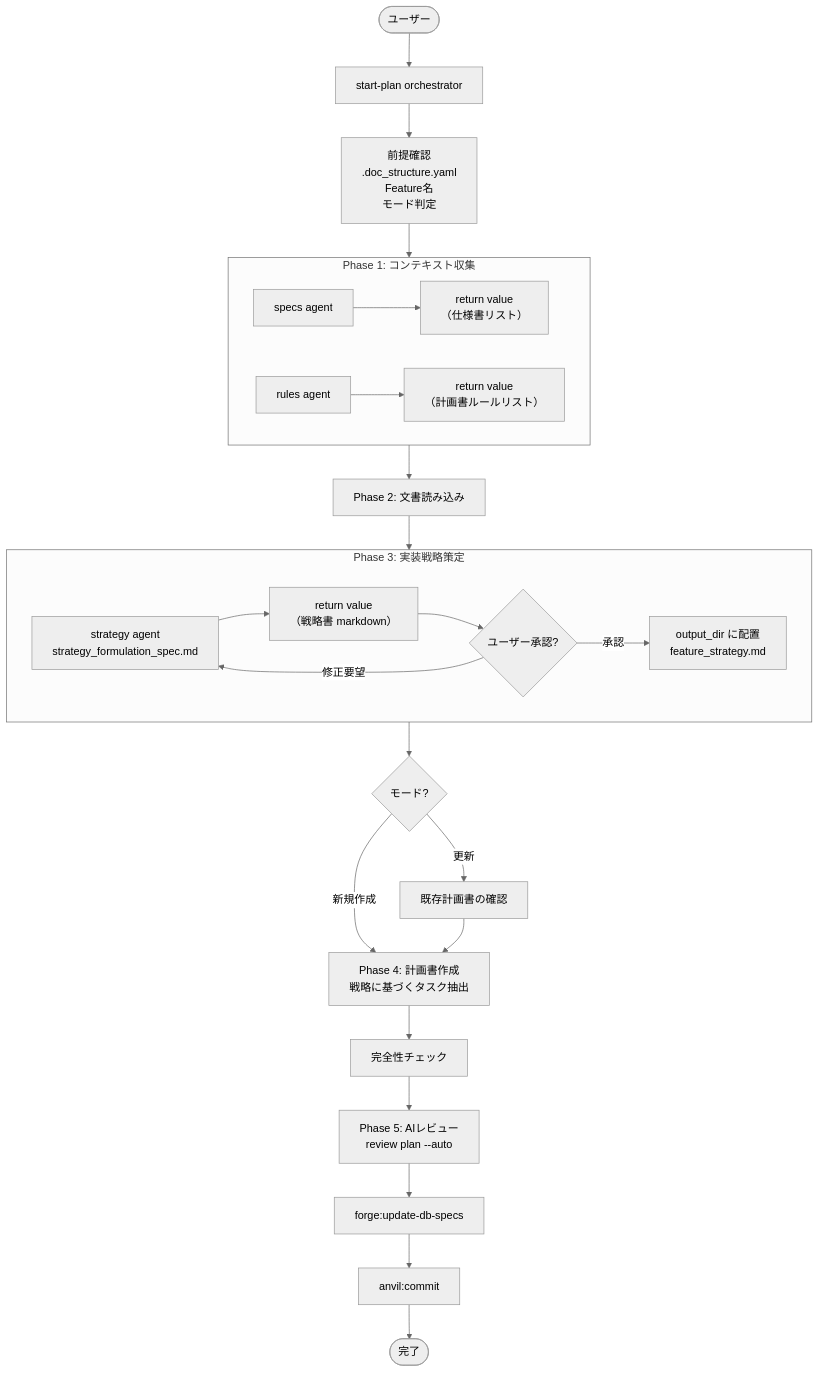
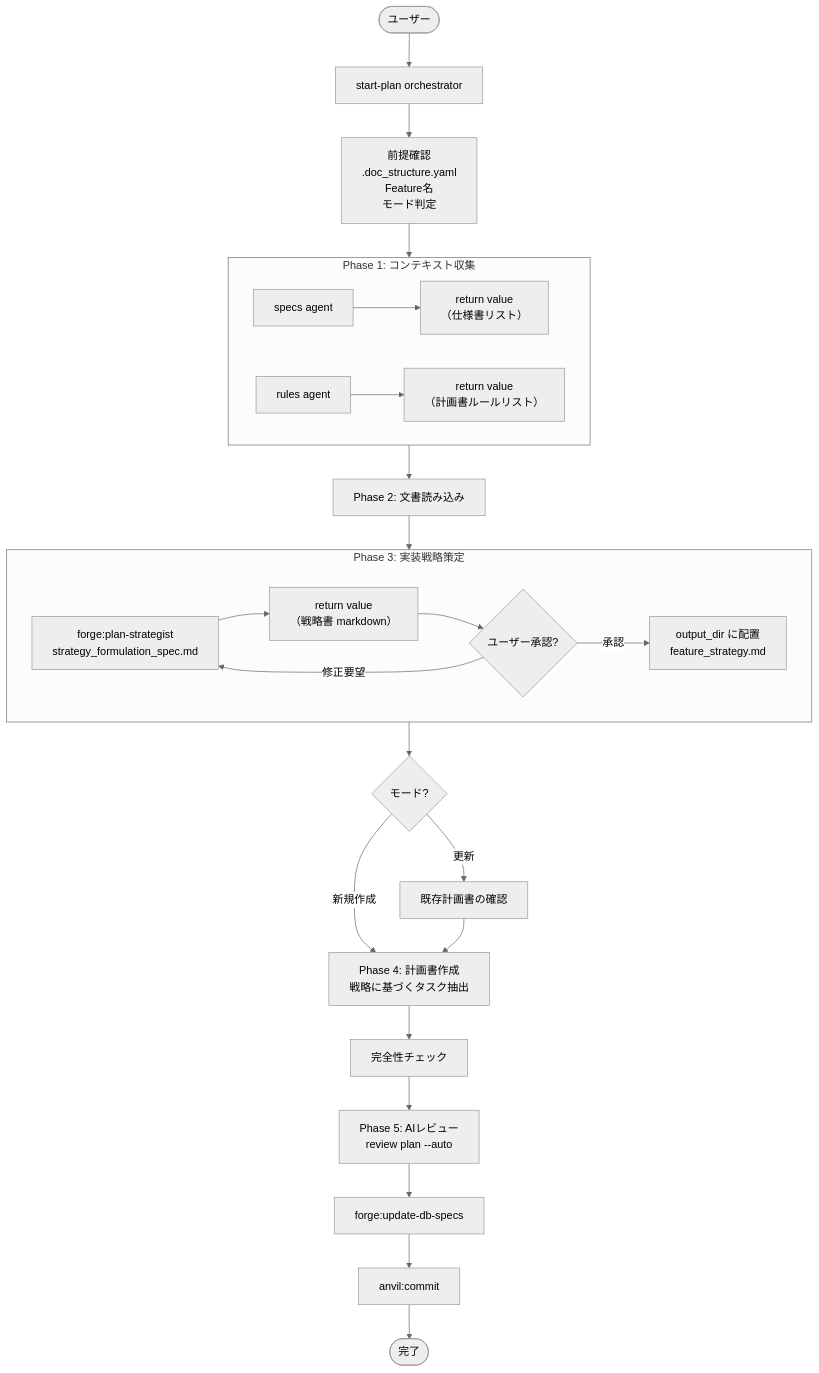
One commit to BlueEventHorizon/bw-cc-plugins changed the diagram in docs/specs/forge/design/DES-019_create_plan_workflow_design.md. Above: the diagram before and after it, drawn with Mermaid (neutral theme). The commit also changed other lines of this file and 6 other files, not shown here.

First line of the commit message:
fix(forge): 実装戦略の Agent 化で取り残した不整合を解消する

````diff
--- a/docs/specs/forge/design/DES-019_create_plan_workflow_design.md
+++ b/docs/specs/forge/design/DES-019_create_plan_workflow_design.md
@@ -21,41 +28,41 @@
 ```mermaid
 flowchart TD
     User([ユーザー]) --> ORCHESTRATOR["start-plan orchestrator"]
 
     ORCHESTRATOR --> PREREQ["前提確認<br>.doc_structure.yaml<br>Feature名<br>モード判定"]
 
     PREREQ --> CONTEXT
 
     subgraph CONTEXT["Phase 1: コンテキスト収集"]
         A1["specs agent"] --> RV_SPECS["return value<br>（仕様書リスト）"]
         A2["rules agent"] --> RV_RULES["return value<br>（計画書ルールリスト）"]
     end
 
     CONTEXT --> READ["Phase 2: 文書読み込み"]
 
     READ --> STRATEGY_PHASE
 
     subgraph STRATEGY_PHASE["Phase 3: 実装戦略策定"]
-        SA["strategy agent<br>strategy_formulation_spec.md"] --> DRAFT["return value<br>（戦略書 markdown）"]
+        SA["forge:plan-strategist<br>strategy_formulation_spec.md"] --> DRAFT["return value<br>（戦略書 markdown）"]
         DRAFT --> APPROVAL{"ユーザー承認?"}
         APPROVAL -->|"修正要望"| SA
         APPROVAL -->|"承認"| COPY["output_dir に配置<br>feature_strategy.md"]
     end
 
     STRATEGY_PHASE --> MODE_CHECK{モード?}
 
     MODE_CHECK -->|"新規作成"| CREATE
     MODE_CHECK -->|"更新"| UPDATE_CHECK
 
     UPDATE_CHECK["既存計画書の確認"] --> CREATE
 
     CREATE["Phase 4: 計画書作成<br>戦略に基づくタスク抽出"] --> QA["完全性チェック"]
 
     QA --> AI_REVIEW["Phase 5: AIレビュー<br>review plan --auto"]
 
     AI_REVIEW --> TOC["forge:update-db-specs"]
 
     TOC --> COMMIT["anvil:commit"]
 
     COMMIT --> DONE([完了])
 ```
````
